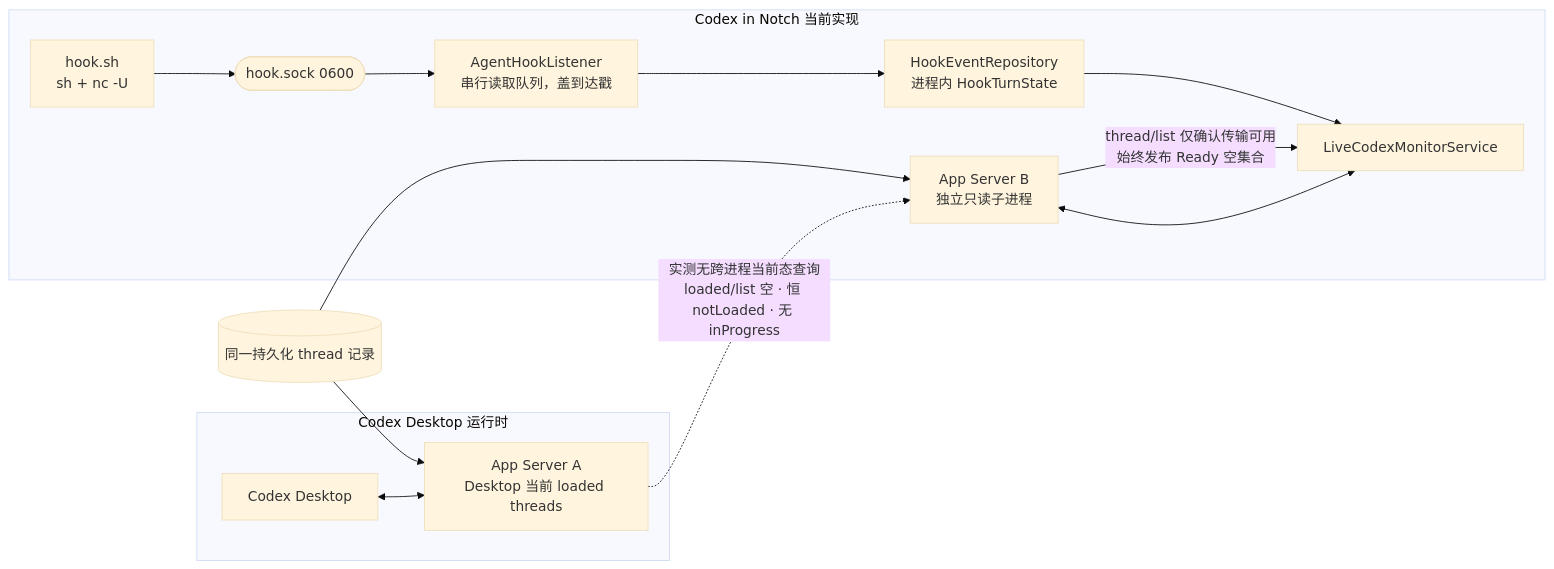
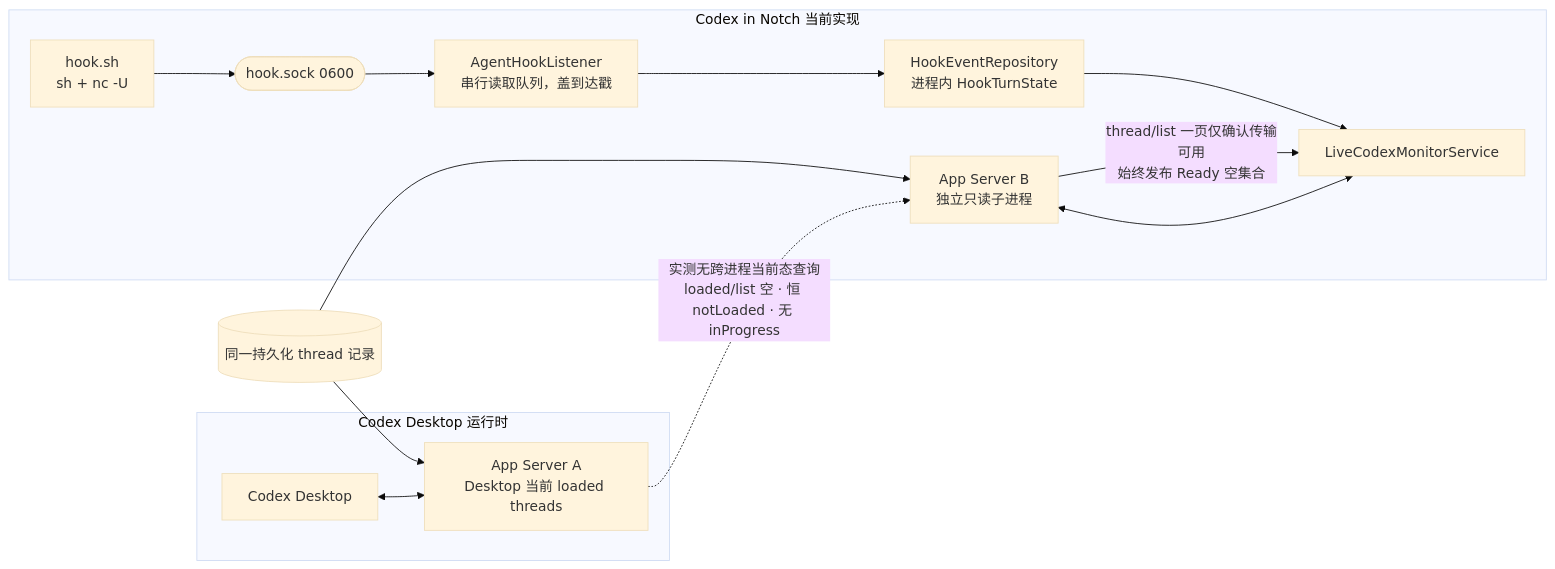
Before and after one commit to soondubu137/notchline: the third of 6 diagrams in docs/system-architecture.md, drawn with Mermaid (base theme). The commit also changed other lines of this file and 3 other files, not shown here.

````diff
--- a/docs/system-architecture.md
+++ b/docs/system-architecture.md
@@ -251,19 +252,19 @@
 ```mermaid
 flowchart LR
     subgraph desktopRuntime ["Codex Desktop 运行时"]
         desktop["Codex Desktop"] <--> desktopServer["App Server A\nDesktop 当前 loaded threads"]
     end
 
     subgraph notchRuntime ["Codex in Notch 当前实现"]
         notch["LiveCodexMonitorService"] <--> notchServer["App Server B\n独立只读子进程"]
         helper["hook.sh\nsh + nc -U"] --> socket(["hook.sock 0600"])
         socket --> listener["AgentHookListener\n串行读取队列，盖到达戳"]
         listener --> liveReducer["HookEventRepository\n进程内 HookTurnState"]
         liveReducer --> notch
     end
 
     store[("同一持久化 thread 记录")] --> desktopServer
     store --> notchServer
     desktopServer -.->|"实测无跨进程当前态查询\nloaded/list 空 · 恒 notLoaded · 无 inProgress"| notchServer
-    notchServer -->|"thread/list 仅确认传输可用\n始终发布 Ready 空集合"| notch
+    notchServer -->|"thread/list 一页仅确认传输可用\n始终发布 Ready 空集合"| notch
 ```
````
